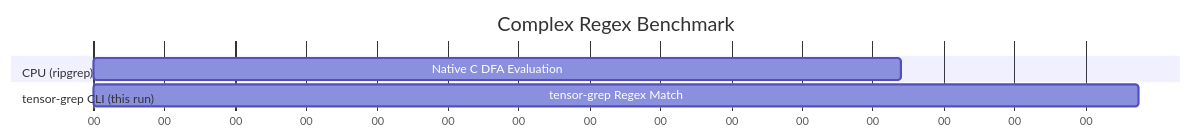
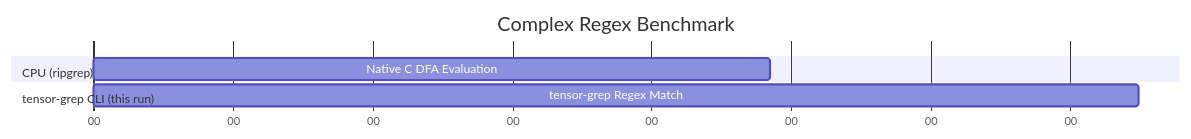
The second of 3 diagrams in docs/PAPER.md (oimiragieo/tensor-grep), drawn with Mermaid before and after one commit. The commit also changed other lines of this file and 2 other files, not shown here.

````diff
--- a/docs/PAPER.md
+++ b/docs/PAPER.md
@@ -103,12 +103,12 @@
 ```mermaid
 gantt
     title Complex Regex Benchmark
     dateFormat  s
     axisFormat %S
     
     section CPU (ripgrep)
-    Native C DFA Evaluation :a1, 0, 0.228s
+    Native C DFA Evaluation :a1, 0, 0.485s
     
     section tensor-grep CLI (this run)
-    tensor-grep Regex Match :a2, 0, 0.295s
+    tensor-grep Regex Match :a2, 0, 0.749s
 ```
````
